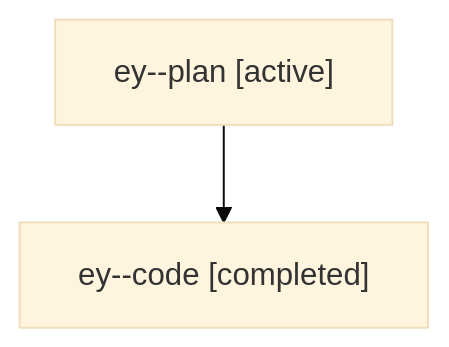
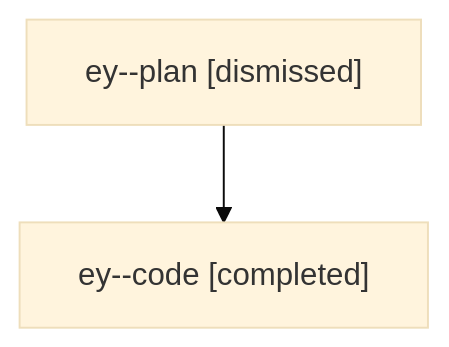
Before and after one commit to sase-org/sase--agents: the diagram in sessions/bbugyi200.athena.ey.md, drawn with Mermaid (base theme). The commit also changed other lines of this file and 18 other files, not shown here.

````diff
--- a/sessions/bbugyi200.athena.ey.md
+++ b/sessions/bbugyi200.athena.ey.md
@@ -9,6 +9,6 @@
 ```mermaid
 flowchart TD
-  n0["ey--plan [active]"]
+  n0["ey--plan [dismissed]"]
   n1["ey--code [completed]"]
   n0 --> n1
 ```
````
